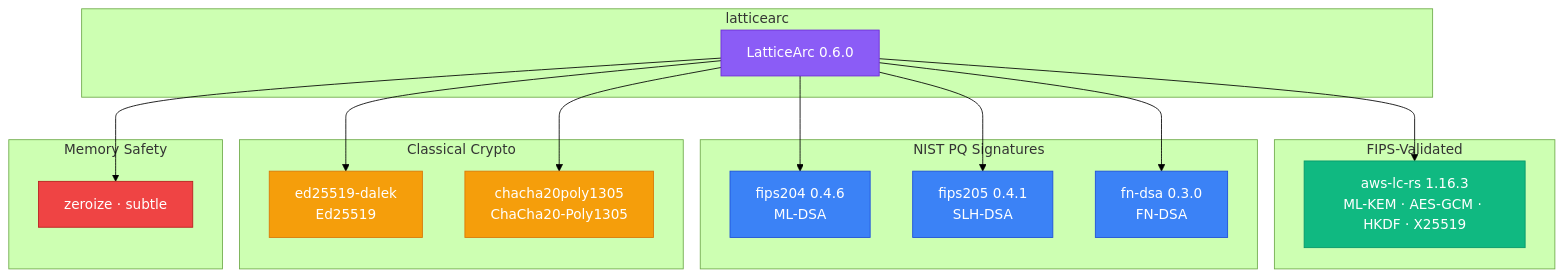
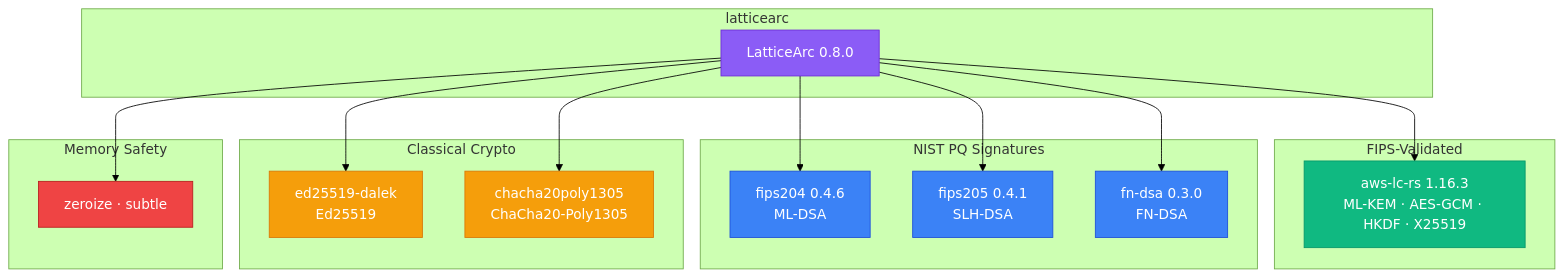
One commit to LatticeArc/latticearc changed the diagram in docs/DEPENDENCY_JUSTIFICATION.md. Above: the diagram before and after it, drawn with Mermaid (forest theme). The commit also changed other lines of this file and 4 other files, not shown here.

````diff
--- a/docs/DEPENDENCY_JUSTIFICATION.md
+++ b/docs/DEPENDENCY_JUSTIFICATION.md
@@ -12,45 +12,45 @@
 ```mermaid
 flowchart TB
     subgraph "latticearc"
-        LA[LatticeArc 0.6.0]
+        LA[LatticeArc 0.8.0]
     end
 
     subgraph "FIPS-Validated"
         AWSLC["aws-lc-rs 1.16.3\nML-KEM · AES-GCM · HKDF · X25519"]
     end
 
     subgraph "NIST PQ Signatures"
         F204["fips204 0.4.6\nML-DSA"]
         F205["fips205 0.4.1\nSLH-DSA"]
         FNDSA["fn-dsa 0.3.0\nFN-DSA"]
     end
 
     subgraph "Classical Crypto"
         DALEK["ed25519-dalek\nEd25519"]
         CHA["chacha20poly1305\nChaCha20-Poly1305"]
     end
 
     subgraph "Memory Safety"
         ZERO["zeroize · subtle"]
     end
 
     LA --> AWSLC
     LA --> F204
     LA --> F205
     LA --> FNDSA
     LA --> DALEK
     LA --> CHA
     LA --> ZERO
 
     classDef main fill:#8b5cf6,stroke:#6d28d9,color:#fff
     classDef fips fill:#10b981,stroke:#059669,color:#fff
     classDef nist fill:#3b82f6,stroke:#1d4ed8,color:#fff
     classDef cl fill:#f59e0b,stroke:#d97706,color:#fff
     classDef safety fill:#ef4444,stroke:#b91c1c,color:#fff
 
     class LA main
     class AWSLC fips
     class F204,F205,FNDSA nist
     class DALEK,CHA cl
     class ZERO safety
 ```
````
